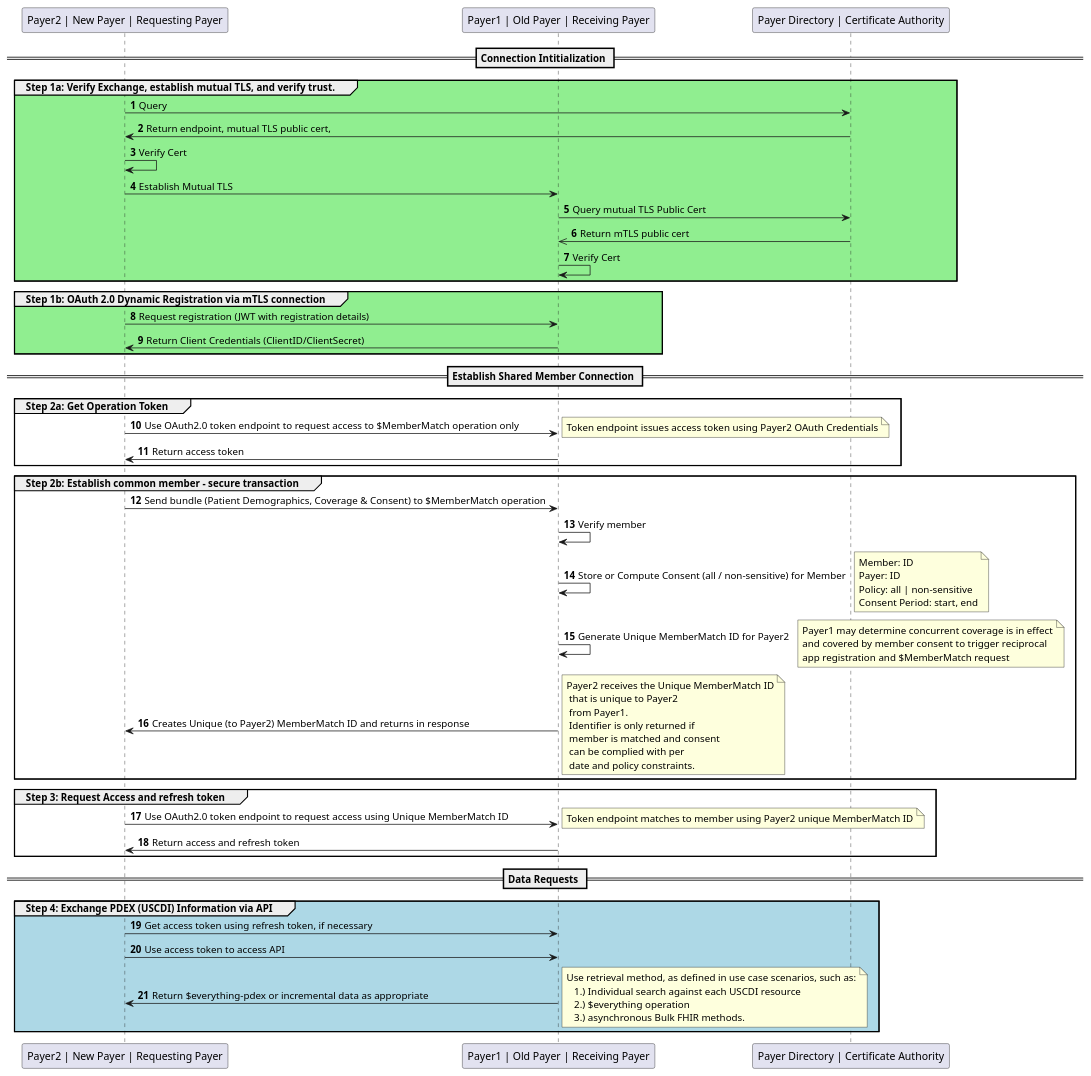
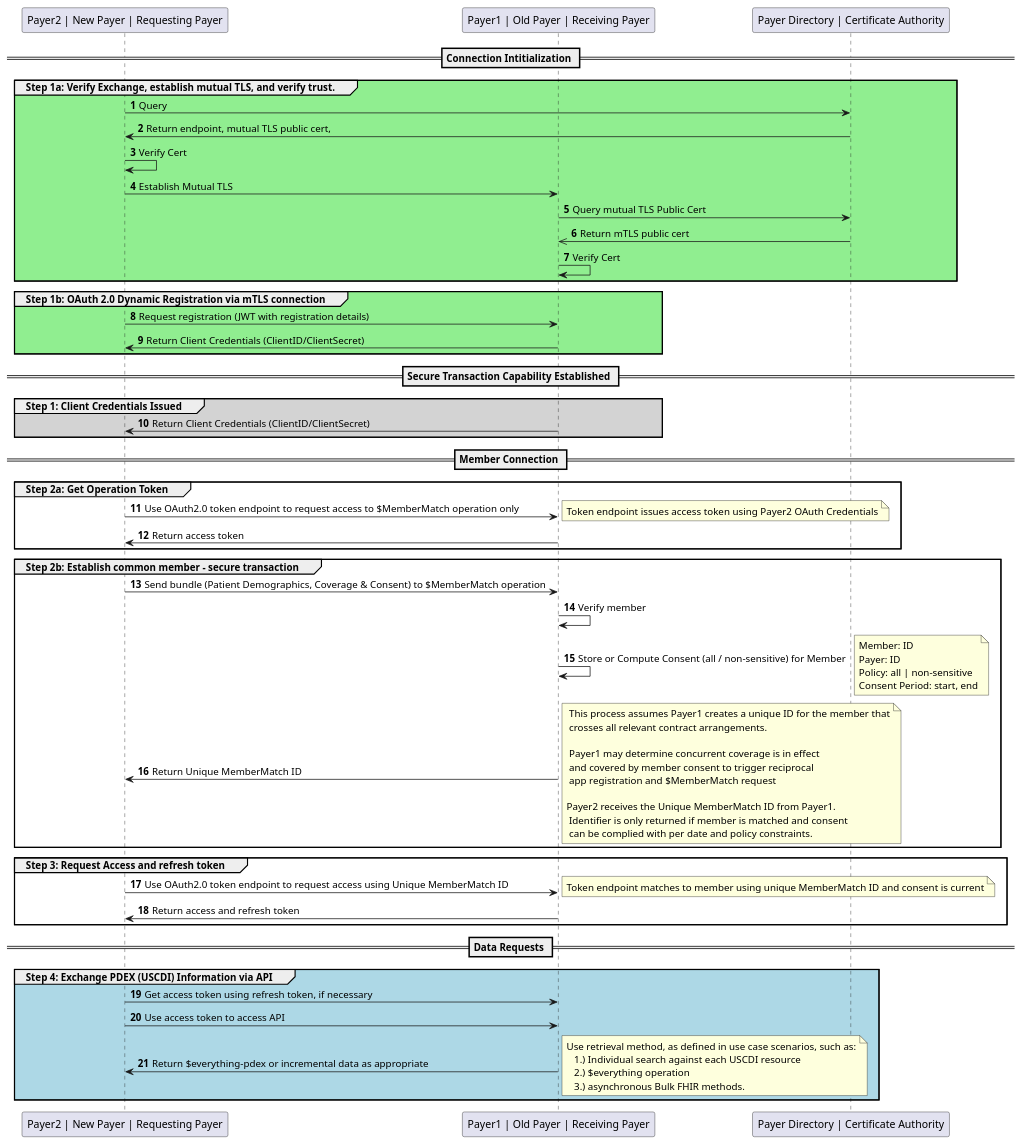
Before and after one commit to HL7/davinci-epdx: the diagram in input/images-source/authorization-consent.plantuml, drawn with PlantUML.

Commit message:
Updated p2p flow to V8. Removing unique to Payer2 references

```diff
--- a/input/images-source/authorization-consent.plantuml
+++ b/input/images-source/authorization-consent.plantuml
@@ -1,79 +1,79 @@
 @startuml
 skinparam svgDimensionStyle false
 autonumber
 participant "Payer2 | New Payer | Requesting Payer" as Payer2
 participant "Payer1 | Old Payer | Receiving Payer" as Payer1
 participant "Payer Directory | Certificate Authority" as PayerDirectory
 == Connection Intitialization ==
 group #LightGreen Step 1a: Verify Exchange, establish mutual TLS, and verify trust.
 	Payer2 -> PayerDirectory : Query
 	PayerDirectory -> Payer2 : Return endpoint, mutual TLS public cert,
 	Payer2 -> Payer2 : Verify Cert
 	Payer2 -> Payer1 : Establish Mutual TLS
 	Payer1 -> PayerDirectory : Query mutual TLS Public Cert
 	PayerDirectory ->> Payer1 : Return mTLS public cert
 	Payer1 -> Payer1 : Verify Cert
 end
 group #lightGreen Step 1b: OAuth 2.0 Dynamic Registration via mTLS connection
 	Payer2 -> Payer1 : Request registration (JWT with registration details)
   Payer1 -> Payer2 : Return Client Credentials (ClientID/ClientSecret)
 end
+== Secure Transaction Capability Established ==
+group #lightGrey Step 1: Client Credentials Issued
+	Payer1 -> Payer2 : Return Client Credentials (ClientID/ClientSecret)
+end
 
-== Establish Shared Member Connection ==
+== Member Connection ==
 group Step 2a: Get Operation Token
 	Payer2 -> Payer1 : Use OAuth2.0 token endpoint to request access to $MemberMatch operation only
   note right
   	Token endpoint issues access token using Payer2 OAuth Credentials
   endnote
   Payer1 -> Payer2 : Return access token
 end
 group Step 2b: Establish common member - secure transaction
 	Payer2 -> Payer1 : Send bundle (Patient Demographics, Coverage & Consent) to $MemberMatch operation
 	Payer1 -> Payer1 : Verify member
   Payer1 -> Payer1 : Store or Compute Consent (all / non-sensitive) for Member
   note right
   Member: ID
   Payer: ID
   Policy: all | non-sensitive
   Consent Period: start, end
   endnote
 
-	Payer1 -> Payer1 : Generate Unique MemberMatch ID for Payer2
+	Payer1 -> Payer2 : Return Unique MemberMatch ID
   note right
+    This process assumes Payer1 creates a unique ID for the member that
+    crosses all relevant contract arrangements.
+
     Payer1 may determine concurrent coverage is in effect
     and covered by member consent to trigger reciprocal
     app registration and $MemberMatch request
-  endnote
 
-  Payer1 -> Payer2 : Creates Unique (to Payer2) MemberMatch ID and returns in response
-  note right
-  	Payer2 receives the Unique MemberMatch ID
-    that is unique to Payer2
-    from Payer1.
-    Identifier is only returned if
-    member is matched and consent
-    can be complied with per
-    date and policy constraints.
+  	Payer2 receives the Unique MemberMatch ID from Payer1.
+    Identifier is only returned if member is matched and consent
+    can be complied with per date and policy constraints.
   endnote
 end
 
 group Step 3: Request Access and refresh token
 	Payer2 -> Payer1 : Use OAuth2.0 token endpoint to request access using Unique MemberMatch ID
   note right
-  	Token endpoint matches to member using Payer2 unique MemberMatch ID
+  	Token endpoint matches to member using unique MemberMatch ID and consent is current
   endnote
   Payer1 -> Payer2 : Return access and refresh token
 end
 == Data Requests ==
 group #LightBlue Step 4: Exchange PDEX (USCDI) Information via API
 	Payer2 -> Payer1 : Get access token using refresh token, if necessary
   Payer2 -> Payer1 : Use access token to access API
 	Payer1 -> Payer2 : Return $everything-pdex or incremental data as appropriate
   note right
   	Use retrieval method, as defined in use case scenarios, such as:
       1.) Individual search against each USCDI resource
       2.) $everything operation
       3.) asynchronous Bulk FHIR methods.
   endnote
 end
 @enduml
```
